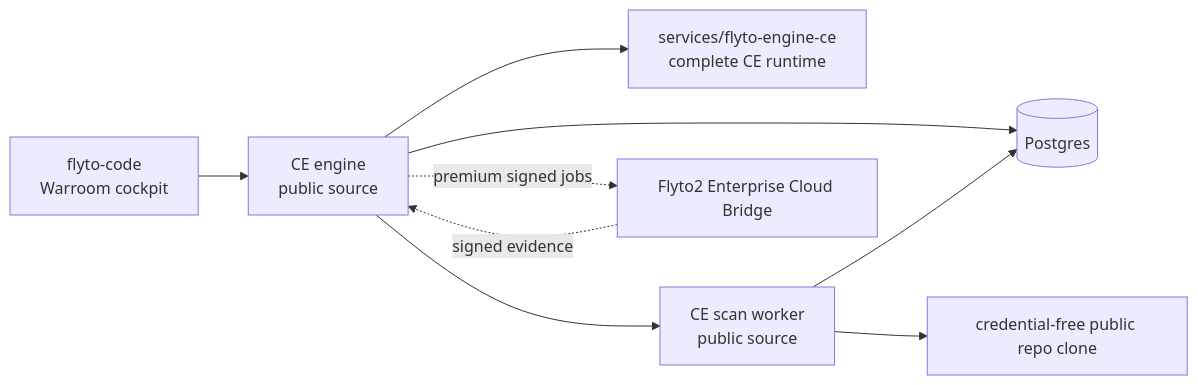
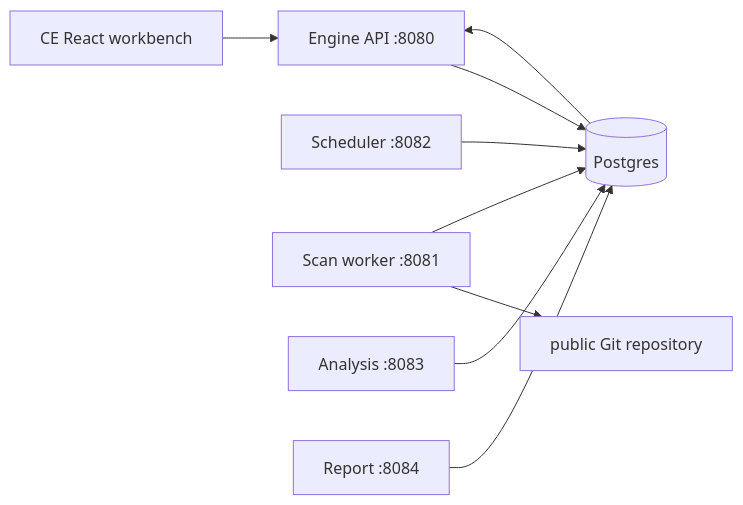
The diagram in README.md (flytohub/flyto-warroom), drawn with Mermaid before and after one commit. The commit also changed other lines of this file and 1734 other files, not shown here.

Commit message:
feat: publish independent five-runtime Warroom CE

````diff
--- a/README.md
+++ b/README.md
@@ -166,11 +166,11 @@
 ```mermaid
 flowchart LR
-  UI["flyto-code<br/>Warroom cockpit"] --> API["CE engine<br/>public source"]
-  API --> KERNEL["services/flyto-engine-ce<br/>complete CE runtime"]
+  UI["CE React workbench"] --> API["Engine API :8080"]
   API --> DB[("Postgres")]
-  API --> Worker["CE scan worker<br/>public source"]
-  Worker --> Repo["credential-free public repo clone"]
+  Scheduler["Scheduler :8082"] --> DB
+  Worker["Scan worker :8081"] --> Repo["public Git repository"]
   Worker --> DB
-  API -. premium signed jobs .-> Cloud["Flyto2 Enterprise Cloud Bridge"]
-  Cloud -. signed evidence .-> API
+  Analysis["Analysis :8083"] --> DB
+  Report["Report :8084"] --> DB
+  DB --> API
 ```
````
